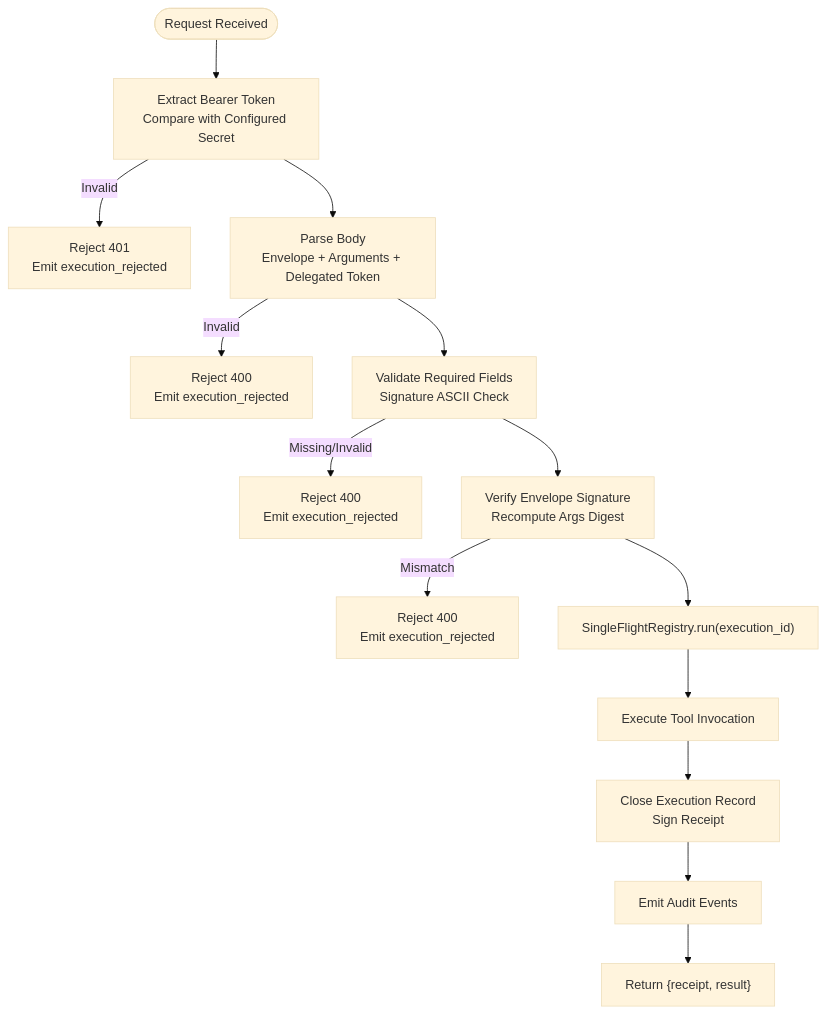
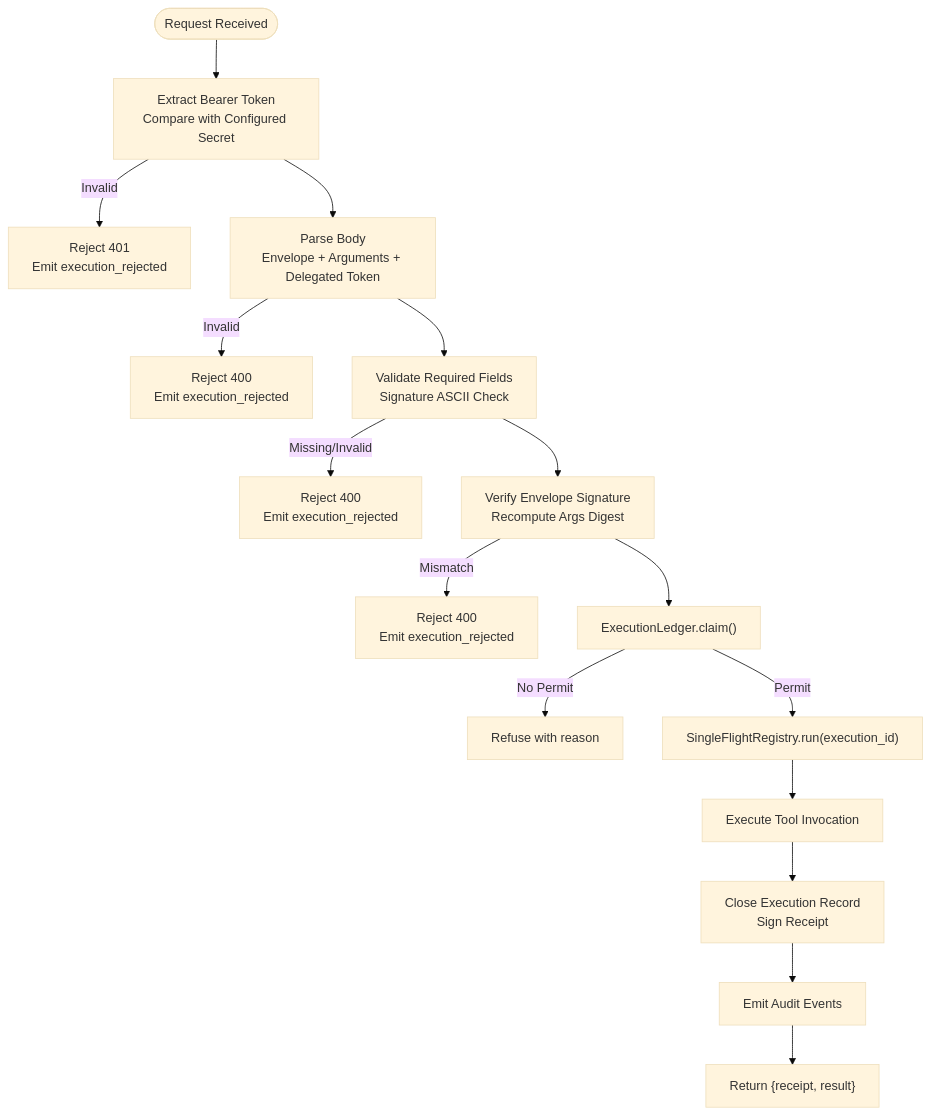
One commit to metasync/luban-aiops changed the third of 9 diagrams in .qoder/repowiki/en/content/Core Services/Execution Runtime.md. Above: the diagram before and after it, drawn with Mermaid (base theme). The commit also changed other lines of this file and 19 other files, not shown here.

````diff
--- a/.qoder/repowiki/en/content/Core Services/Execution Runtime.md
+++ b/.qoder/repowiki/en/content/Core Services/Execution Runtime.md
@@ -148,16 +176,18 @@
 ```mermaid
 flowchart TD
 Start(["Request Received"]) --> Auth["Extract Bearer Token<br/>Compare with Configured Secret"]
 Auth --> |Invalid| RejectAuth["Reject 401<br/>Emit execution_rejected"]
 Auth --> Parse["Parse Body<br/>Envelope + Arguments + Delegated Token"]
 Parse --> |Invalid| RejectBad["Reject 400<br/>Emit execution_rejected"]
 Parse --> Validate["Validate Required Fields<br/>Signature ASCII Check"]
 Validate --> |Missing/Invalid| RejectSig["Reject 400<br/>Emit execution_rejected"]
 Validate --> Verify["Verify Envelope Signature<br/>Recompute Args Digest"]
 Verify --> |Mismatch| RejectDigest["Reject 400<br/>Emit execution_rejected"]
-Verify --> SingleFlight["SingleFlightRegistry.run(execution_id)"]
+Verify --> Claim["ExecutionLedger.claim()"]
+Claim --> |No Permit| Refuse["Refuse with reason"]
+Claim --> |Permit| SingleFlight["SingleFlightRegistry.run(execution_id)"]
 SingleFlight --> Execute["Execute Tool Invocation"]
 Execute --> Close["Close Execution Record<br/>Sign Receipt"]
 Close --> Emit["Emit Audit Events"]
 Emit --> Return["Return {receipt, result}"]
 ```
````
